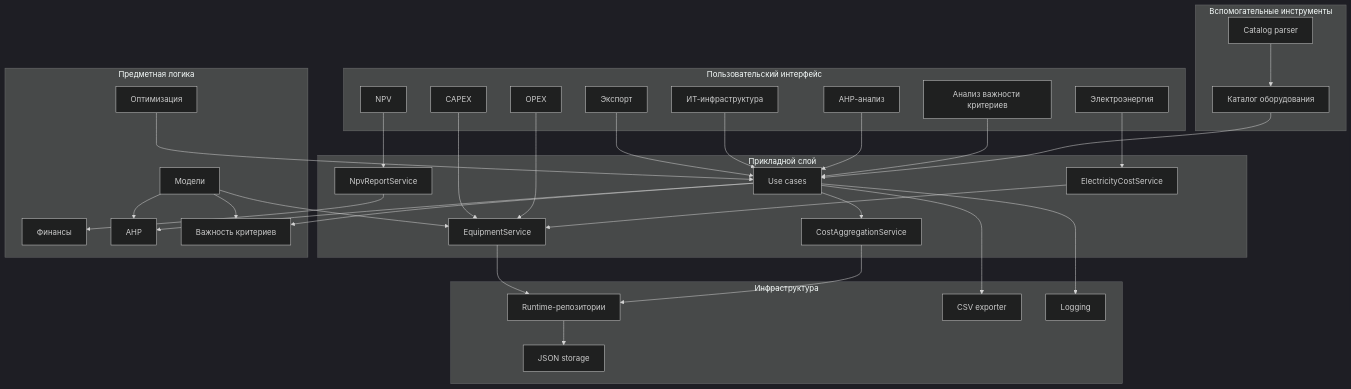
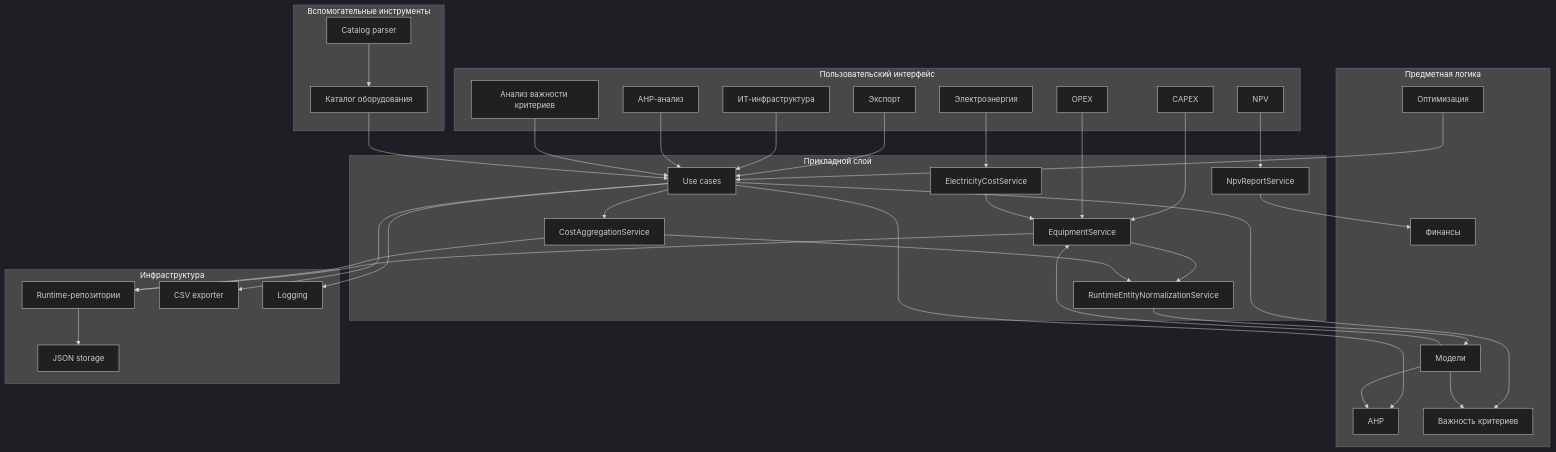
The diagram in docs/architecture/module_map.md (Pacifica123/it_cost_calc), drawn with Mermaid (dark theme) before and after one commit. The commit also changed other lines of this file and 13 other files, not shown here.

First line of the commit message:
feat: add runtime scope normalization

````diff
--- a/docs/architecture/module_map.md
+++ b/docs/architecture/module_map.md
@@ -6,69 +6,73 @@
 ```mermaid
 flowchart TB
     subgraph UI[Пользовательский интерфейс]
         CAPEX[CAPEX]
         OPEX[OPEX]
         ENERGY[Электроэнергия]
         NPV[NPV]
         INFRA[ИТ-инфраструктура]
         AHPUI[AHP-анализ]
         CIUI[Анализ важности критериев]
         EXPORTUI[Экспорт]
     end
 
     subgraph APP[Прикладной слой]
         ES[EquipmentService]
+        NORM[RuntimeEntityNormalizationService]
         CAS[CostAggregationService]
         ECS[ElectricityCostService]
         NPVS[NpvReportService]
         UC[Use cases]
     end
 
     subgraph DOM[Предметная логика]
         MODELS[Модели]
         FIN[Финансы]
         AHPD[AHP]
         CID[Важность критериев]
         OPT[Оптимизация]
     end
 
     subgraph INF[Инфраструктура]
         REPO[Runtime-репозитории]
         STORE[JSON storage]
         CSV[CSV exporter]
         LOG[Logging]
     end
 
     subgraph TOOLS[Вспомогательные инструменты]
         PARSER[Catalog parser]
         CATALOG[Каталог оборудования]
     end
 
     CAPEX --> ES
     OPEX --> ES
     ENERGY --> ECS
     NPV --> NPVS
     EXPORTUI --> UC
     INFRA --> UC
     AHPUI --> UC
     CIUI --> UC
 
+    ES --> NORM
+    CAS --> NORM
+    NORM --> MODELS
     ES --> REPO
     CAS --> REPO
     ECS --> ES
     NPVS --> FIN
     UC --> AHPD
     UC --> CID
     UC --> CAS
 
     REPO --> STORE
     UC --> CSV
     UC --> LOG
 
     PARSER --> CATALOG
     CATALOG --> UC
     MODELS --> ES
     MODELS --> AHPD
     MODELS --> CID
     OPT --> UC
 ```
````
